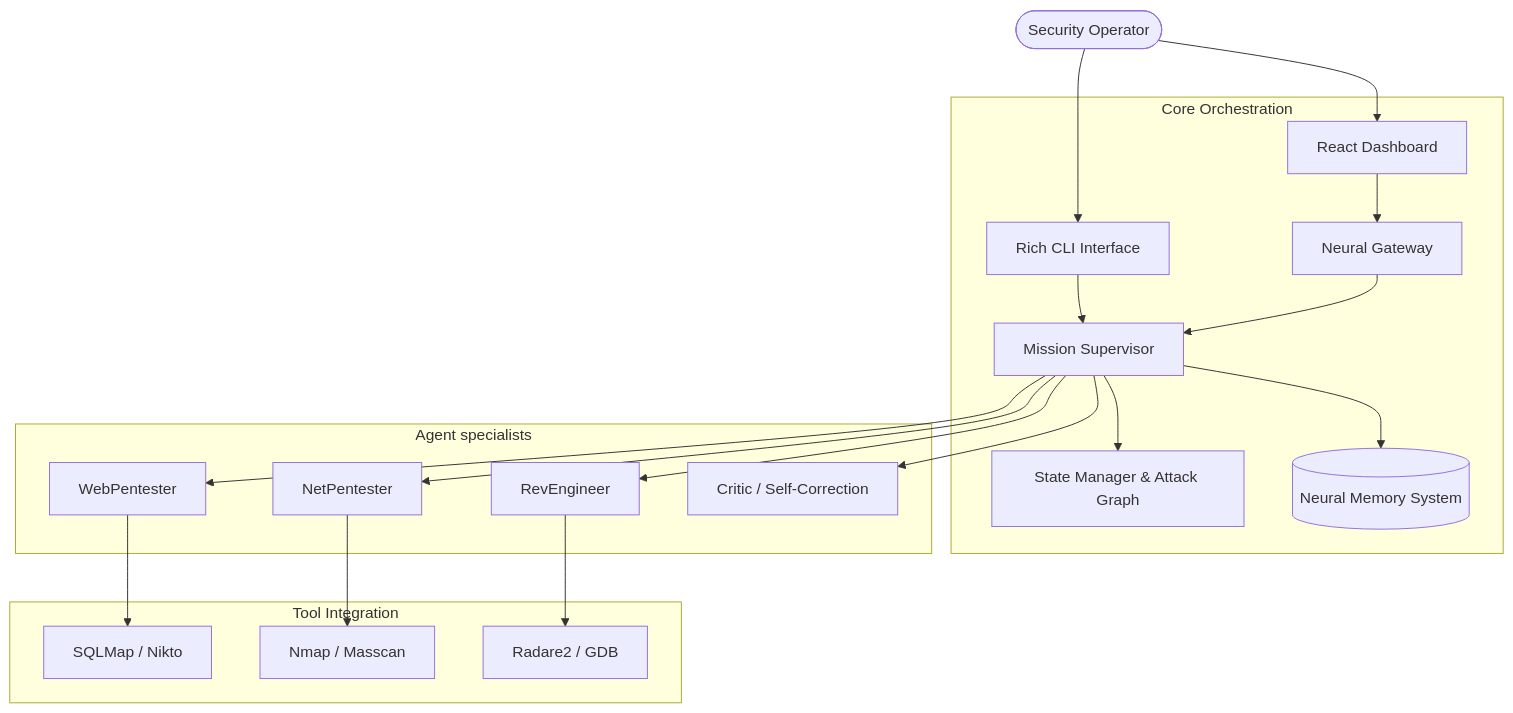
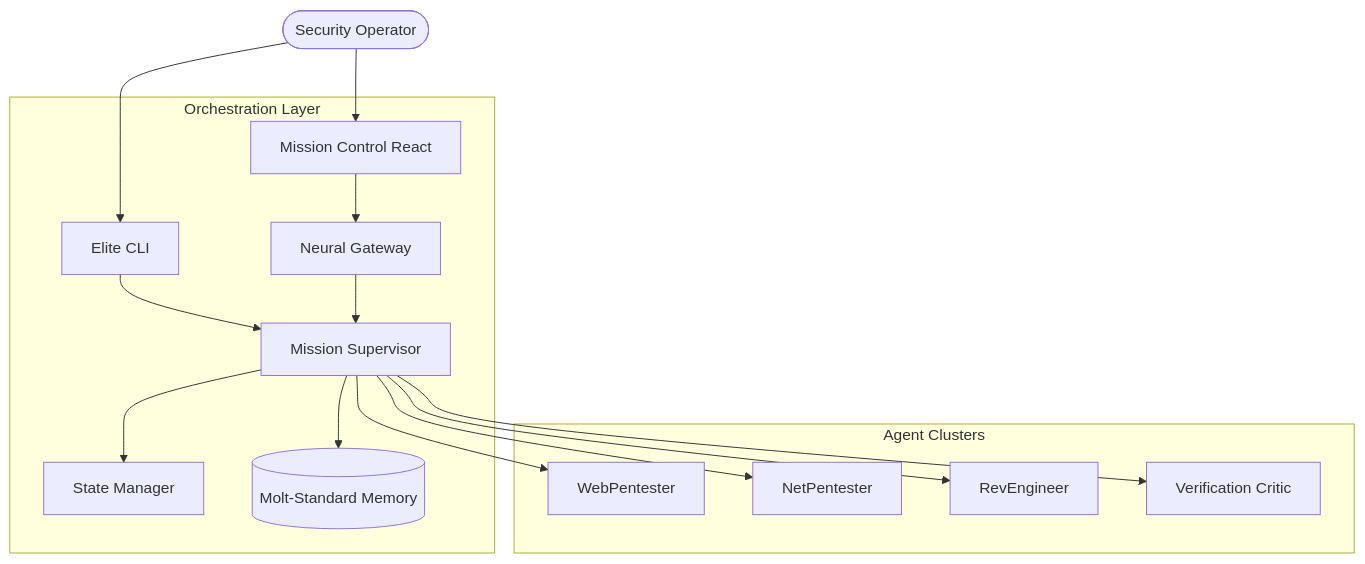
One commit to subhadeep-sec/STINGBOT changed the diagram in README.md. Above: the diagram before and after it, drawn with Mermaid. The commit also changed other lines of this file and 602 other files, not shown here.

````diff
--- a/README.md
+++ b/README.md
@@ -74,26 +64,20 @@
 ```mermaid
 graph TD
-    User([Security Operator]) --> CLI[Rich CLI Interface]
-    User --> Web[React Dashboard]
+    User([Security Operator]) --> CLI[Elite CLI]
+    User --> Web[Mission Control React]
     
-    subgraph "Core Orchestration"
+    subgraph "Orchestration Layer"
         CLI --> Supervisor[Mission Supervisor]
         Web --> Gateway[Neural Gateway]
         Gateway --> Supervisor
-        Supervisor --> State[State Manager & Attack Graph]
-        Supervisor --> Memory[(Neural Memory System)]
+        Supervisor --> State[State Manager]
+        Supervisor --> Memory[(Molt-Standard Memory)]
     end
     
-    subgraph "Agent specialists"
+    subgraph "Agent Clusters"
         Supervisor --> WebAgent[WebPentester]
         Supervisor --> NetAgent[NetPentester]
         Supervisor --> RevAgent[RevEngineer]
-        Supervisor --> Critic[Critic / Self-Correction]
-    end
-    
-    subgraph "Tool Integration"
-        WebAgent --> SQLMap[SQLMap / Nikto]
-        NetAgent --> Nmap[Nmap / Masscan]
-        RevAgent --> Radare2[Radare2 / GDB]
+        Supervisor --> Critic[Verification Critic]
     end
 ```
````
